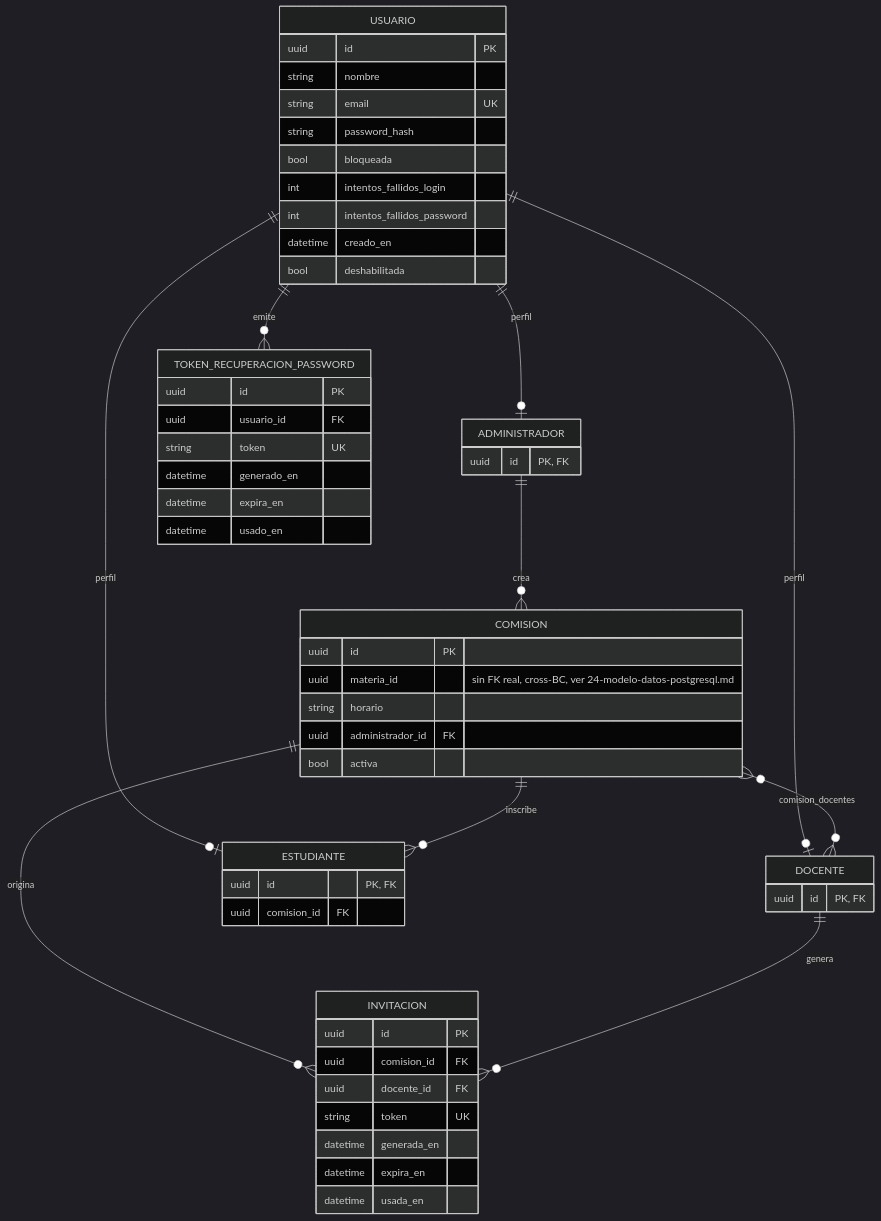
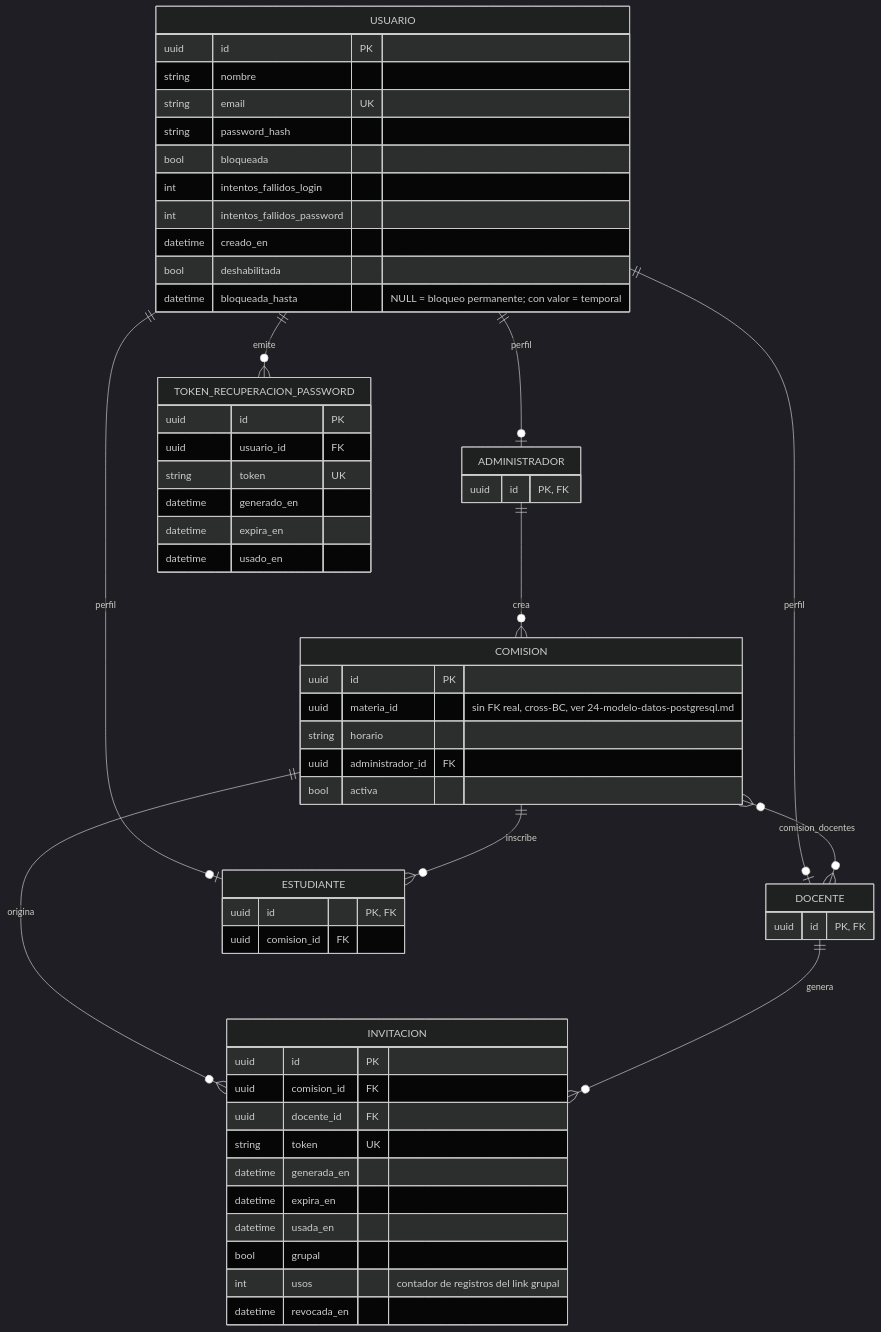
One commit to vvalotto/cognion changed the diagram in docs/architecture/24a-modelo-datos-identidad.md. Above: the diagram before and after it, drawn with Mermaid (dark theme). The commit also changed other lines of this file and 4 other files, not shown here.

````diff
--- a/docs/architecture/24a-modelo-datos-identidad.md
+++ b/docs/architecture/24a-modelo-datos-identidad.md
@@ -36,58 +36,62 @@
 ```mermaid
 erDiagram
     USUARIO ||--o| ADMINISTRADOR : "perfil"
     USUARIO ||--o| DOCENTE : "perfil"
     USUARIO ||--o| ESTUDIANTE : "perfil"
     USUARIO ||--o{ TOKEN_RECUPERACION_PASSWORD : emite
     COMISION ||--o{ ESTUDIANTE : inscribe
     COMISION }o--o{ DOCENTE : "comision_docentes"
     COMISION ||--o{ INVITACION : origina
     DOCENTE ||--o{ INVITACION : genera
     ADMINISTRADOR ||--o{ COMISION : crea
 
     USUARIO {
         uuid id PK
         string nombre
         string email UK
         string password_hash
         bool bloqueada
         int intentos_fallidos_login
         int intentos_fallidos_password
         datetime creado_en
         bool deshabilitada
+        datetime bloqueada_hasta "NULL = bloqueo permanente; con valor = temporal"
     }
     ADMINISTRADOR {
         uuid id "PK, FK"
     }
     DOCENTE {
         uuid id "PK, FK"
     }
     ESTUDIANTE {
         uuid id "PK, FK"
         uuid comision_id FK
     }
     COMISION {
         uuid id PK
         uuid materia_id "sin FK real, cross-BC, ver 24-modelo-datos-postgresql.md"
         string horario
         uuid administrador_id FK
         bool activa
     }
     INVITACION {
         uuid id PK
         uuid comision_id FK
         uuid docente_id FK
         string token UK
         datetime generada_en
         datetime expira_en
         datetime usada_en
+        bool grupal
+        int usos "contador de registros del link grupal"
+        datetime revocada_en
     }
     TOKEN_RECUPERACION_PASSWORD {
         uuid id PK
         uuid usuario_id FK
         string token UK
         datetime generado_en
         datetime expira_en
         datetime usado_en
     }
 ```
````
